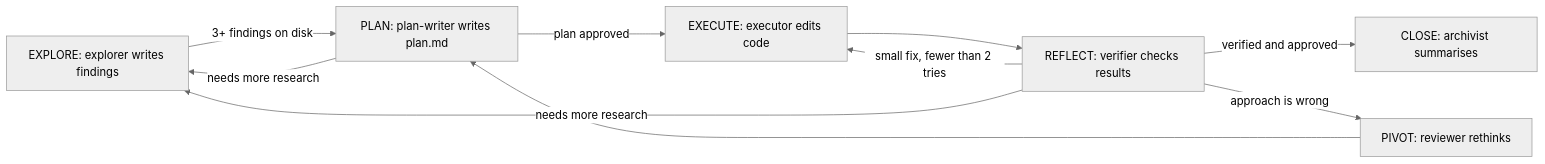
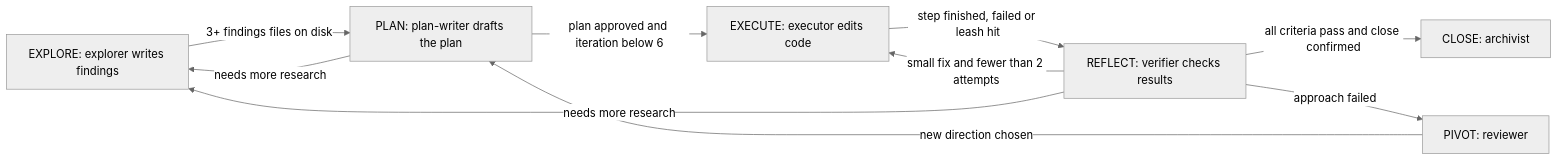
Before and after one commit to NikolasMarkou/fsm_llm: the diagram in src/fsm_llm/harness/README.md, drawn with Mermaid (neutral theme). The commit also changed other lines of this file and 49 other files, not shown here.

````diff
--- a/src/fsm_llm/harness/README.md
+++ b/src/fsm_llm/harness/README.md
@@ -13,12 +13,12 @@
 ```mermaid
 flowchart LR
-    E[EXPLORE: explorer writes findings] -- 3+ findings on disk --> P[PLAN: plan-writer writes plan.md]
-    P -- plan approved --> X[EXECUTE: executor edits code]
+    E[EXPLORE: explorer writes findings] -- 3+ findings files on disk --> P[PLAN: plan-writer drafts the plan]
+    P -- plan approved and iteration below 6 --> X[EXECUTE: executor edits code]
     P -- needs more research --> E
-    X --> R[REFLECT: verifier checks results]
-    R -- verified and approved --> C[CLOSE: archivist summarises]
-    R -- small fix, fewer than 2 tries --> X
-    R -- approach is wrong --> V[PIVOT: reviewer rethinks]
+    X -- step finished, failed or leash hit --> R[REFLECT: verifier checks results]
+    R -- all criteria pass and close confirmed --> C[CLOSE: archivist]
+    R -- small fix and fewer than 2 attempts --> X
+    R -- approach failed --> V[PIVOT: reviewer]
     R -- needs more research --> E
-    V --> P
+    V -- new direction chosen --> P
 ```
````
